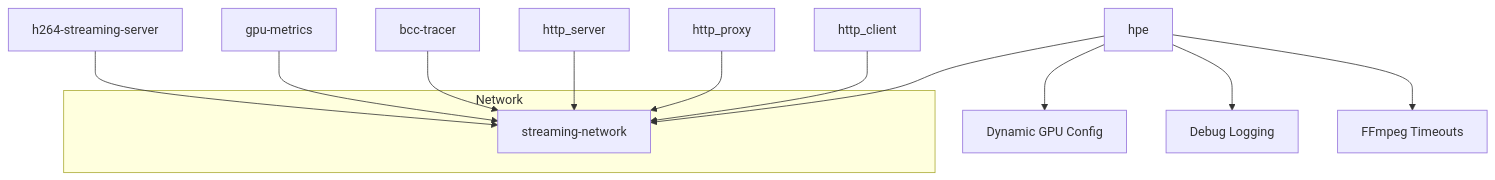
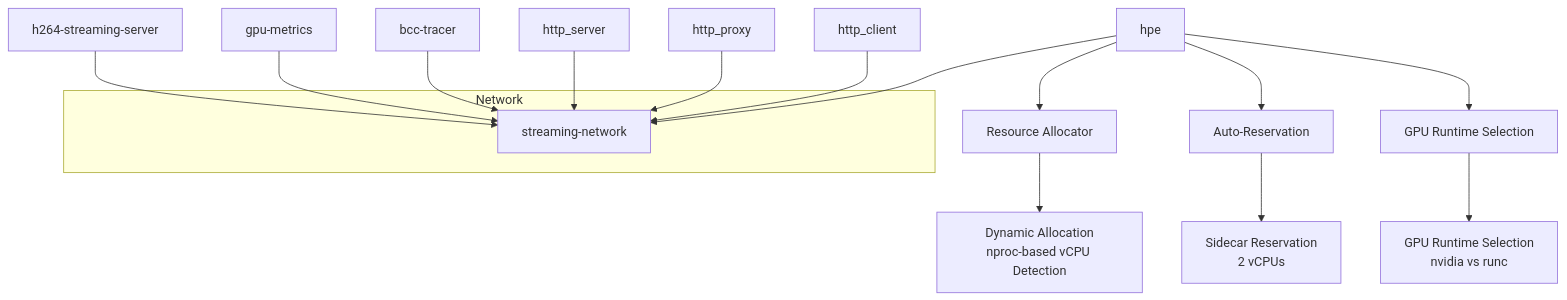
One commit to Fogus-Gr/MeasurementsDTs changed the eighth of 8 diagrams in .qoder/repowiki/en/content/Deployment Infrastructure/Deployment Infrastructure.md. Above: the diagram before and after it, drawn with Mermaid. The commit also changed other lines of this file and 14 other files, not shown here.

First line of the commit message:
refactor(container): remove CPU optimization scripts and enhance resource allocation

````diff
--- a/.qoder/repowiki/en/content/Deployment Infrastructure/Deployment Infrastructure.md
+++ b/.qoder/repowiki/en/content/Deployment Infrastructure/Deployment Infrastructure.md
@@ -316,16 +480,19 @@
 ```mermaid
 graph TB
 subgraph "Network"
 Net["streaming-network"]
 end
 S["h264-streaming-server"] --> Net
 H["hpe"] --> Net
 G["gpu-metrics"] --> Net
 B["bcc-tracer"] --> Net
 DS["http_server"] --> Net
 DP["http_proxy"] --> Net
 DC["http_client"] --> Net
-H --> D["Dynamic GPU Config"]
-H --> L["Debug Logging"]
-H --> T["FFmpeg Timeouts"]
+H --> RA["Resource Allocator"]
+H --> AR["Auto-Reservation"]
+H --> GR["GPU Runtime Selection"]
+RA --> DynAlloc["Dynamic Allocation<br/>nproc-based vCPU Detection"]
+AR --> Sidecar["Sidecar Reservation<br/>2 vCPUs"]
+GR --> GPU["GPU Runtime Selection<br/>nvidia vs runc"]
 ```
````
